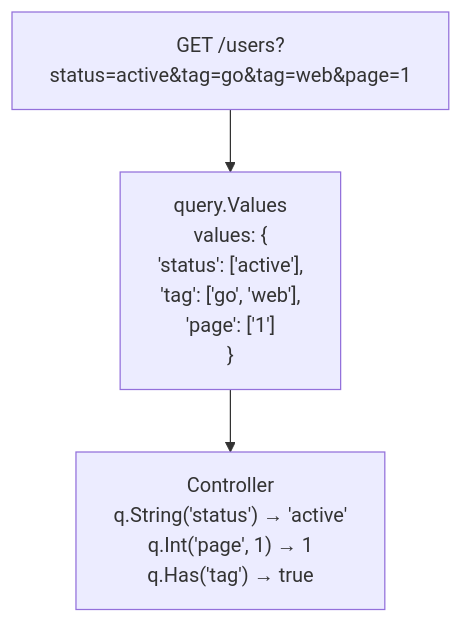
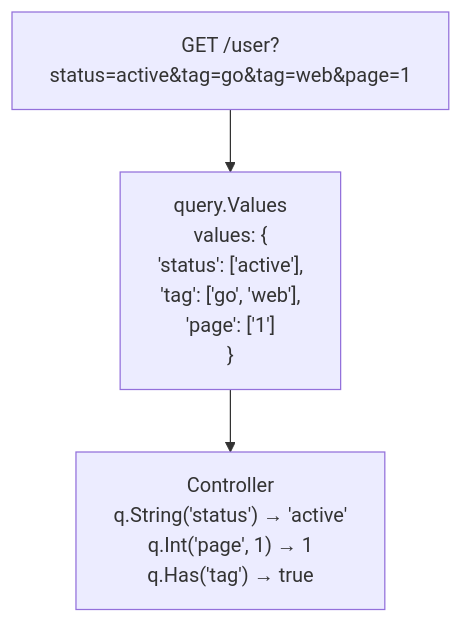
One commit to NARUBROWN/spine-site changed the diagram in docs/en/learn/core-concepts/query-values.md. Above: the diagram before and after it, drawn with Mermaid. The commit also changed other lines of this file and 118 other files, not shown here.

````diff
--- a/docs/en/learn/core-concepts/query-values.md
+++ b/docs/en/learn/core-concepts/query-values.md
@@ -9,12 +18,12 @@
 ```mermaid
 graph TD
-    Request["GET /users?status=active&tag=go&tag=web&page=1"]
+    Request["GET /user?status=active&tag=go&tag=web&page=1"]
     
     Request --> Values
     
     Values["query.Values<br/>values: {<br/>  'status': ['active'],<br/>  'tag':    ['go', 'web'],<br/>  'page':   ['1']<br/>}"]
     
     Values --> Controller
     
     Controller["Controller<br/>q.String('status')  → 'active'<br/>q.Int('page', 1)    → 1<br/>q.Has('tag')        → true"]
 ```
````
